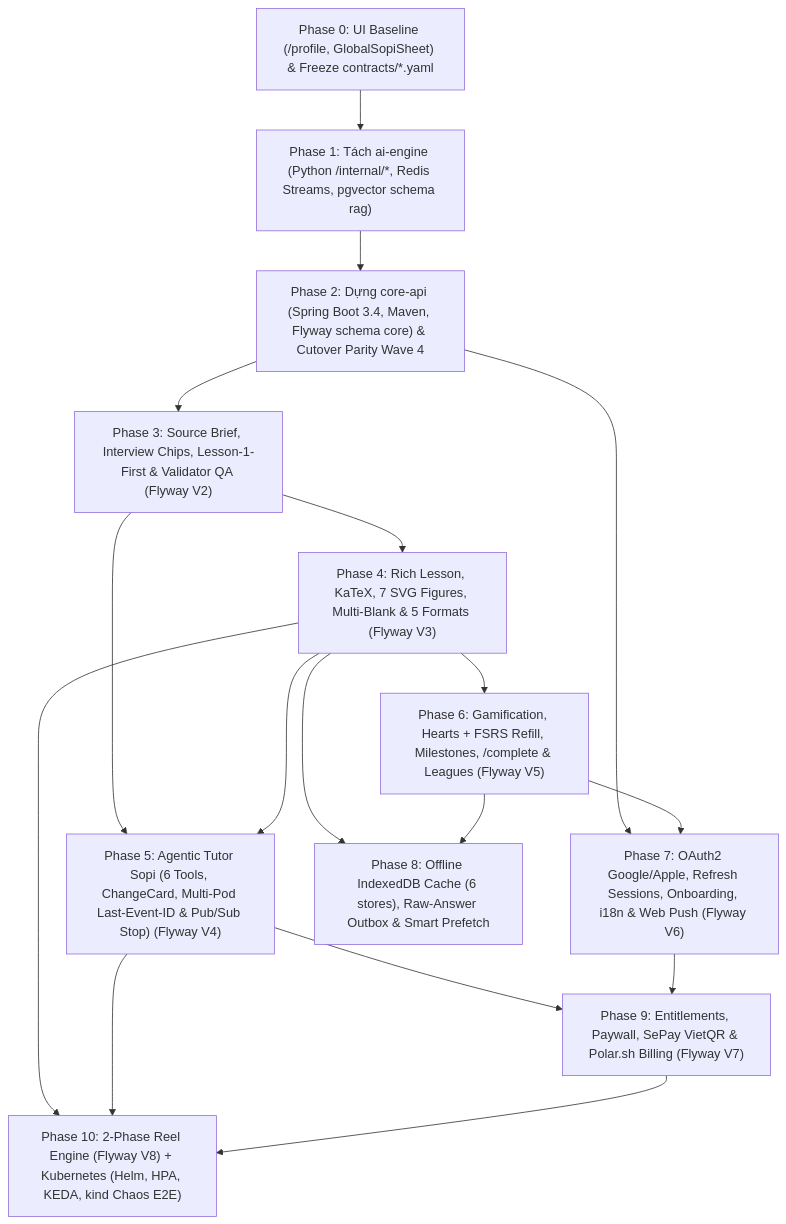
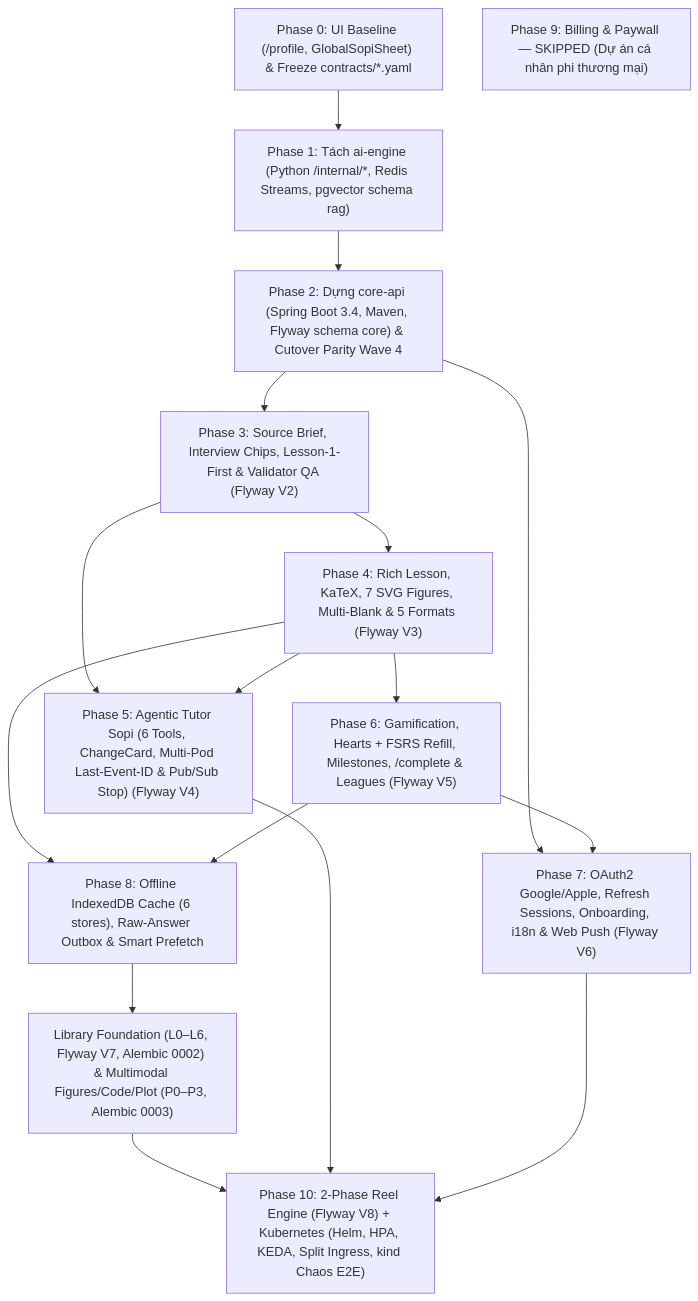
One commit to XuanHuu2906/SopiSkill changed the diagram in plans/sopiskill_master_parity_plan.md. Above: the diagram before and after it, drawn with Mermaid. The commit also changed other lines of this file and 35 other files, not shown here.

Commit message:
feat(phase10a): add 2-phase Narrated Reel Engine, Flyway V8, TTSProvider and ReelPlayer

````diff
--- a/plans/sopiskill_master_parity_plan.md
+++ b/plans/sopiskill_master_parity_plan.md
@@ -49,19 +49,19 @@
 ```mermaid
 flowchart TD
     P0["Phase 0: UI Baseline (/profile, GlobalSopiSheet) & Freeze contracts/*.yaml"] --> P1["Phase 1: Tách ai-engine (Python /internal/*, Redis Streams, pgvector schema rag)"]
     P1 --> P2["Phase 2: Dựng core-api (Spring Boot 3.4, Maven, Flyway schema core) & Cutover Parity Wave 4"]
     P2 --> P3["Phase 3: Source Brief, Interview Chips, Lesson-1-First & Validator QA (Flyway V2)"]
     P3 --> P4["Phase 4: Rich Lesson, KaTeX, 7 SVG Figures, Multi-Blank & 5 Formats (Flyway V3)"]
     P3 --> P5["Phase 5: Agentic Tutor Sopi (6 Tools, ChangeCard, Multi-Pod Last-Event-ID & Pub/Sub Stop) (Flyway V4)"]
     P4 --> P5
     P4 --> P6["Phase 6: Gamification, Hearts + FSRS Refill, Milestones, /complete & Leagues (Flyway V5)"]
     P2 --> P7["Phase 7: OAuth2 Google/Apple, Refresh Sessions, Onboarding, i18n & Web Push (Flyway V6)"]
     P6 --> P7
     P4 --> P8["Phase 8: Offline IndexedDB Cache (6 stores), Raw-Answer Outbox & Smart Prefetch"]
     P6 --> P8
-    P5 --> P9["Phase 9: Entitlements, Paywall, SePay VietQR & Polar.sh Billing (Flyway V7)"]
-    P7 --> P9
-    P4 --> P10["Phase 10: 2-Phase Reel Engine (Flyway V8) + Kubernetes (Helm, HPA, KEDA, kind Chaos E2E)"]
+    P8 --> PLM["Library Foundation (L0–L6, Flyway V7, Alembic 0002) & Multimodal Figures/Code/Plot (P0–P3, Alembic 0003)"]
+    P9["Phase 9: Billing & Paywall — SKIPPED (Dự án cá nhân phi thương mại)"]
+    PLM --> P10["Phase 10: 2-Phase Reel Engine (Flyway V8) + Kubernetes (Helm, HPA, KEDA, Split Ingress, kind Chaos E2E)"]
     P5 --> P10
-    P9 --> P10
+    P7 --> P10
 ```
````
